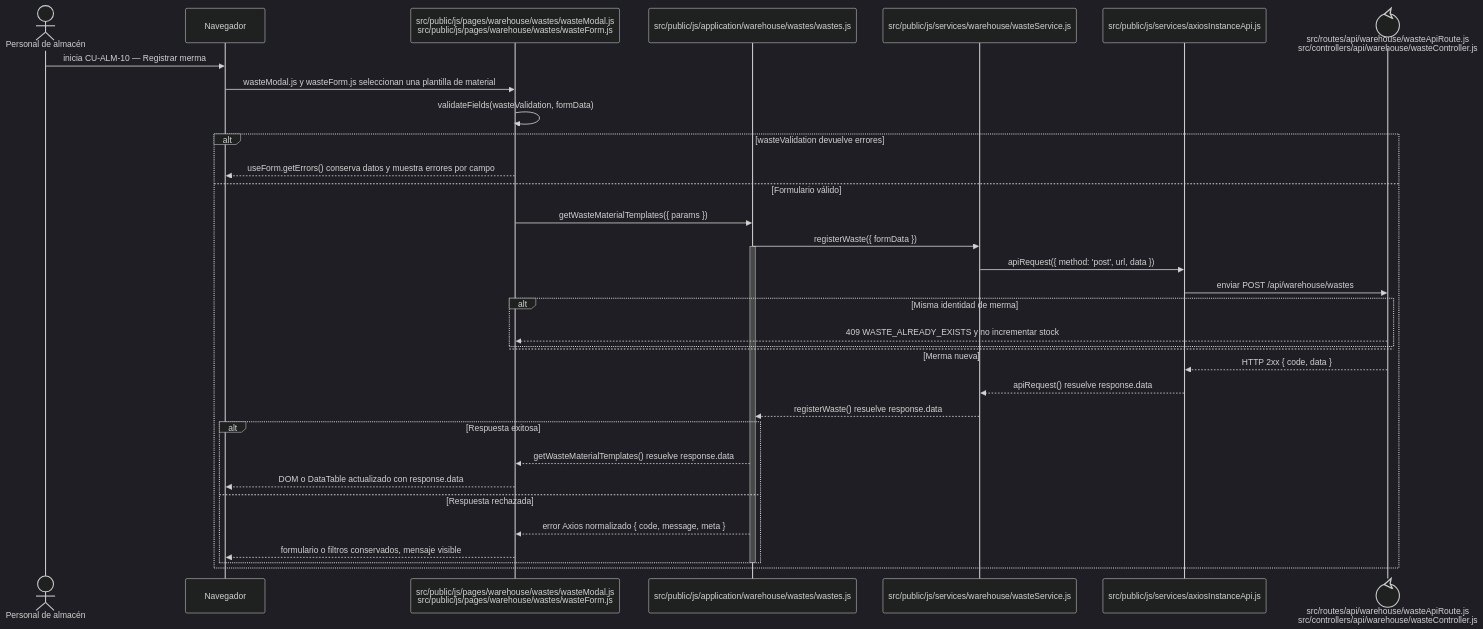
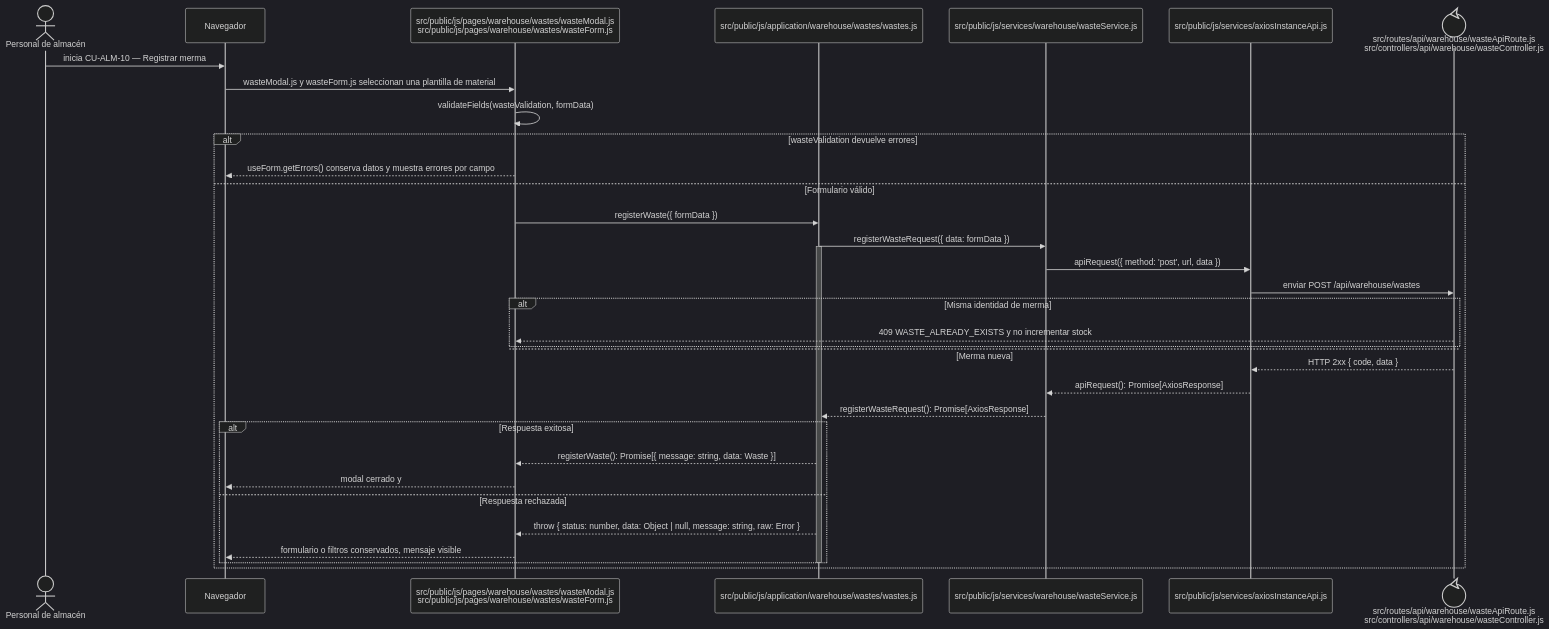
The diagram in docs/architecture/frontend-code-sequences/catalogs/cu-alm-10.md (gpgsistemas01/nexus), drawn with Mermaid (dark theme) before and after one commit. The commit also changed 146 other files, not shown here.

````diff
--- a/docs/architecture/frontend-code-sequences/catalogs/cu-alm-10.md
+++ b/docs/architecture/frontend-code-sequences/catalogs/cu-alm-10.md
@@ -6,38 +6,38 @@
 ```mermaid
 sequenceDiagram
     actor Initiator as Personal de almacén
     participant Browser as Navegador
     participant View as src/public/js/pages/warehouse/wastes/wasteModal.js<br/>src/public/js/pages/warehouse/wastes/wasteForm.js
     participant Application as src/public/js/application/warehouse/wastes/wastes.js
     participant Request as src/public/js/services/warehouse/wasteService.js
     participant HTTP as src/public/js/services/axiosInstanceApi.js
     participant Transport@{ "type": "control" } as src/routes/api/warehouse/wasteApiRoute.js<br/>src/controllers/api/warehouse/wasteController.js
 
     Initiator->>Browser: inicia CU-ALM-10 — Registrar merma
     Browser->>View: wasteModal.js y wasteForm.js seleccionan una plantilla de material
     View->>View: validateFields(wasteValidation, formData)
     alt wasteValidation devuelve errores
         View-->>Browser: useForm.getErrors() conserva datos y muestra errores por campo
     else Formulario válido
-        View->>Application: getWasteMaterialTemplates({ params })
-        Application->>Request: registerWaste({ formData })
+        View->>Application: registerWaste({ formData })
+        Application->>Request: registerWasteRequest({ data: formData })
         activate Application
         Request->>HTTP: apiRequest({ method: 'post', url, data })
         HTTP->>Transport: enviar POST /api/warehouse/wastes
         alt Misma identidad de merma
             Transport-->>View: 409 WASTE_ALREADY_EXISTS y no incrementar stock
         else Merma nueva
         end
         Transport-->>HTTP: HTTP 2xx { code, data }
-        HTTP-->>Request: apiRequest() resuelve response.data
-        Request-->>Application: registerWaste() resuelve response.data
+        HTTP-->>Request: apiRequest(): Promise[AxiosResponse]
+        Request-->>Application: registerWasteRequest(): Promise[AxiosResponse]
         alt Respuesta exitosa
-            Application-->>View: getWasteMaterialTemplates() resuelve response.data
-            View-->>Browser: DOM o DataTable actualizado con response.data
+            Application-->>View: registerWaste(): Promise[{ message: string, data: Waste }]
+            View-->>Browser: modal cerrado y #table recargada
         else Respuesta rechazada
-            Application-->>View: error Axios normalizado { code, message, meta }
+            Application-->>View: throw { status: number, data: Object | null, message: string, raw: Error }
             View-->>Browser: formulario o filtros conservados, mensaje visible
         end
         deactivate Application
     end
 ```
````
